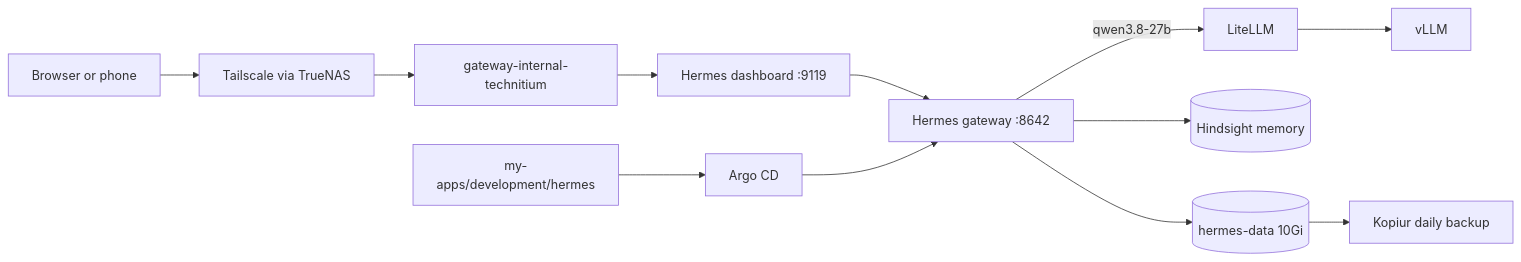
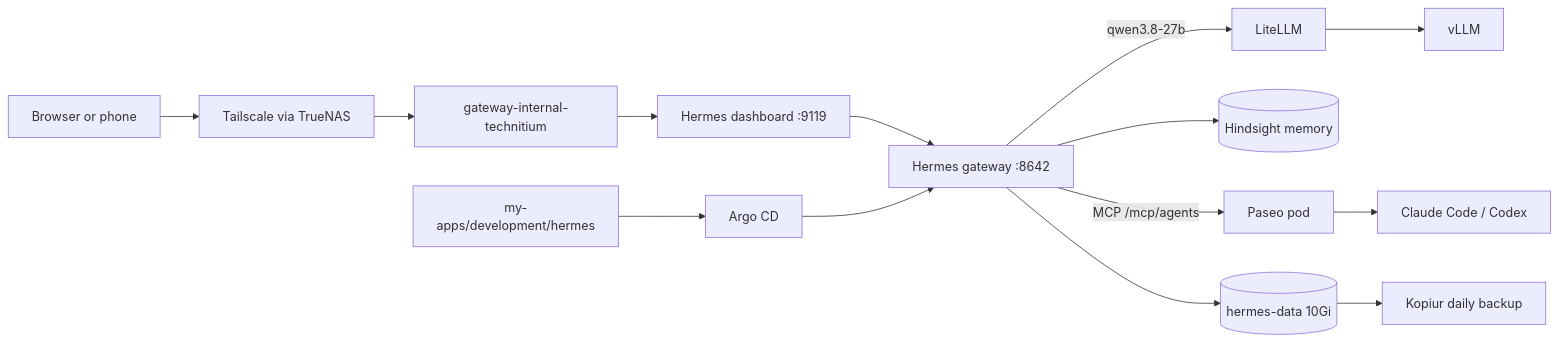
The diagram in docs/domains/ai-gpu/hermes.md (mitchross/talos-argocd-proxmox), drawn with Mermaid before and after one commit. The commit also changed other lines of this file and 4 other files, not shown here.

First line of the commit message:
feat(hermes): hand coding work to Claude Code and Codex through Paseo's MCP server

````diff
--- a/docs/domains/ai-gpu/hermes.md
+++ b/docs/domains/ai-gpu/hermes.md
@@ -12,9 +12,10 @@
 ```mermaid
 flowchart LR
     Client[Browser or phone] --> TS[Tailscale via TrueNAS] --> GW[gateway-internal-technitium] --> Dash[Hermes dashboard :9119]
     Dash --> Gateway[Hermes gateway :8642]
     Gateway -->|qwen3.8-27b| LiteLLM --> vLLM
     Gateway --> Hindsight[(Hindsight memory)]
+    Gateway -->|MCP /mcp/agents| Paseo[Paseo pod] --> Claude[Claude Code / Codex]
     Git[my-apps/development/hermes] --> Argo[Argo CD] --> Gateway
     Gateway --> Vol[(hermes-data 10Gi)] --> Kopiur[Kopiur daily backup]
 ```
````
